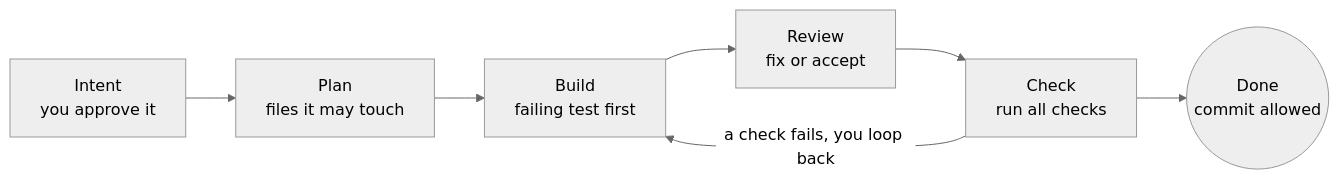
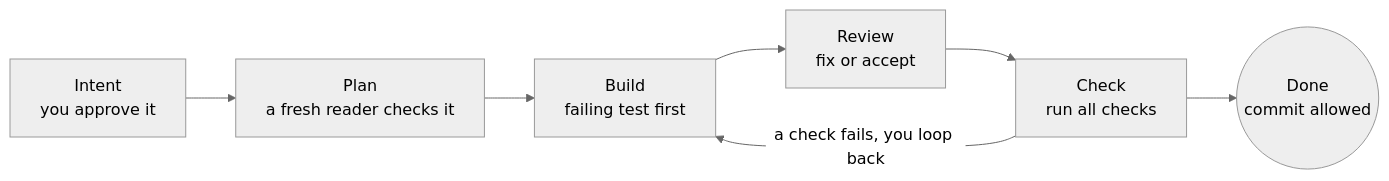
One commit to galando/temper changed the diagram in README.md. Above: the diagram before and after it, drawn with Mermaid (neutral theme). The commit also changed other lines of this file and 26 other files, not shown here.

````diff
--- a/README.md
+++ b/README.md
@@ -57,9 +35,9 @@
 ```mermaid
 flowchart LR
-  I["Intent<br/>you approve it"] --> P["Plan<br/>files it may touch"]
+  I["Intent<br/>you approve it"] --> P["Plan<br/>a fresh reader checks it"]
   P --> B["Build<br/>failing test first"]
   B --> R["Review<br/>fix or accept"]
   R --> C["Check<br/>run all checks"]
   C --> D(("Done<br/>commit allowed"))
   C -- "a check fails, you loop back" --> B
 ```
````
